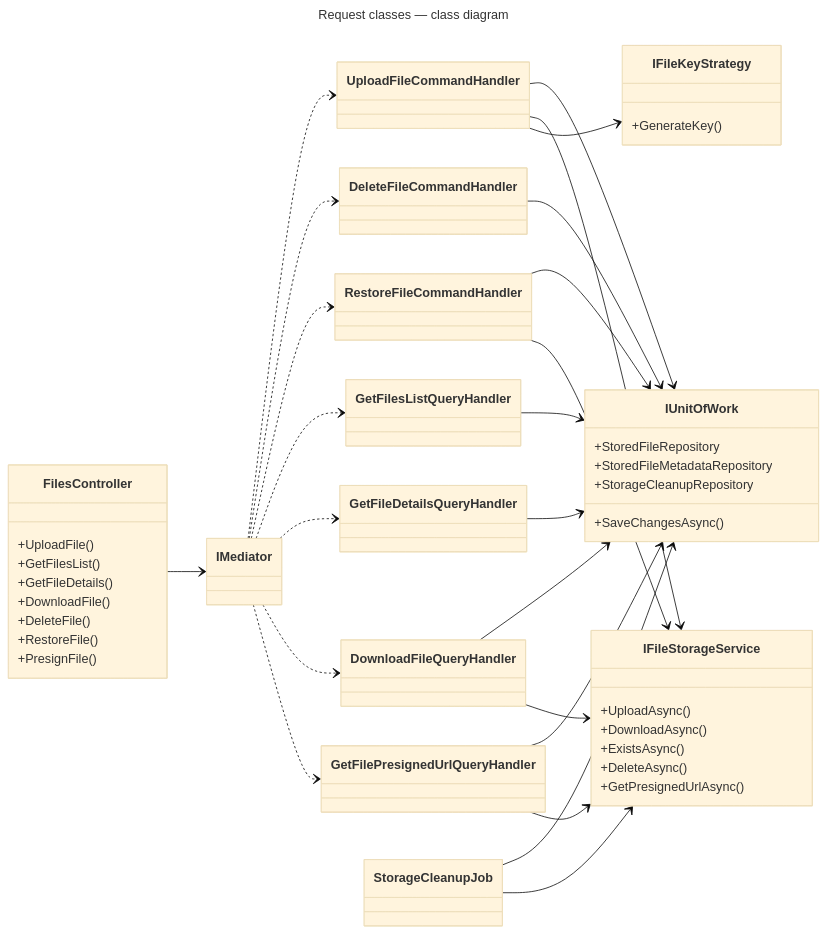
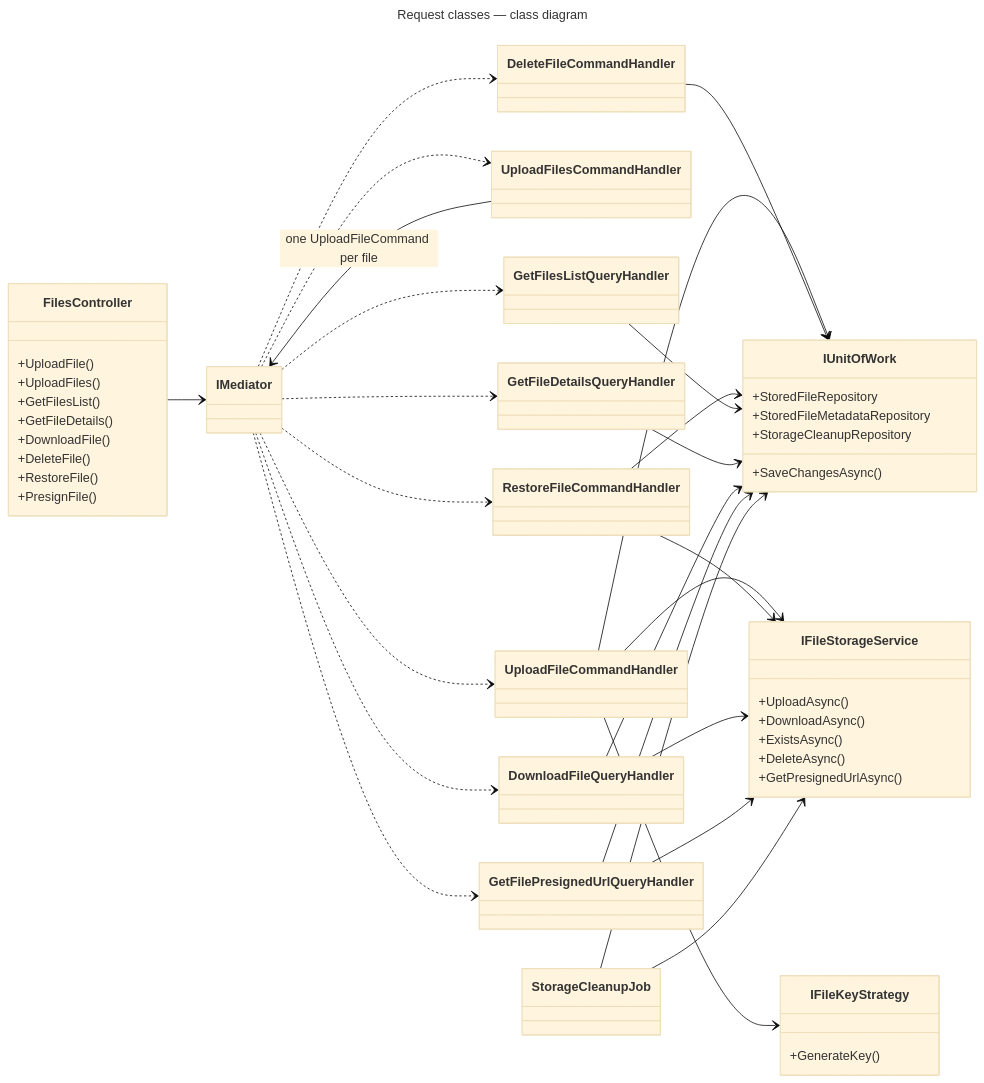
One commit to gmetskhvarishvili/GM.FileStorage.Samples changed the fifth of 6 diagrams in docs/dependencies.md. Above: the diagram before and after it, drawn with Mermaid (base theme). The commit also changed other lines of this file and 12 other files, not shown here.

````diff
--- a/docs/dependencies.md
+++ b/docs/dependencies.md
@@ -174,67 +174,71 @@
 ```mermaid
 ---
 title: Request classes — class diagram
 ---
 classDiagram
     direction LR
 
     class FilesController {
         +UploadFile()
+        +UploadFiles()
         +GetFilesList()
         +GetFileDetails()
         +DownloadFile()
         +DeleteFile()
         +RestoreFile()
         +PresignFile()
     }
     class IMediator
     class UploadFileCommandHandler
+    class UploadFilesCommandHandler
     class DeleteFileCommandHandler
     class RestoreFileCommandHandler
     class GetFilesListQueryHandler
     class GetFileDetailsQueryHandler
     class DownloadFileQueryHandler
     class GetFilePresignedUrlQueryHandler
 
     class IUnitOfWork {
         +StoredFileRepository
         +StoredFileMetadataRepository
         +StorageCleanupRepository
         +SaveChangesAsync()
     }
     class IFileStorageService {
         +UploadAsync()
         +DownloadAsync()
         +ExistsAsync()
         +DeleteAsync()
         +GetPresignedUrlAsync()
     }
     class IFileKeyStrategy {
         +GenerateKey()
     }
     class StorageCleanupJob
 
     FilesController --> IMediator
     IMediator ..> UploadFileCommandHandler
+    IMediator ..> UploadFilesCommandHandler
+    UploadFilesCommandHandler --> IMediator : one UploadFileCommand per file
     IMediator ..> DeleteFileCommandHandler
     IMediator ..> RestoreFileCommandHandler
     IMediator ..> GetFilesListQueryHandler
     IMediator ..> GetFileDetailsQueryHandler
     IMediator ..> DownloadFileQueryHandler
     IMediator ..> GetFilePresignedUrlQueryHandler
 
     UploadFileCommandHandler --> IUnitOfWork
     UploadFileCommandHandler --> IFileStorageService
     UploadFileCommandHandler --> IFileKeyStrategy
     DeleteFileCommandHandler --> IUnitOfWork
     RestoreFileCommandHandler --> IUnitOfWork
     RestoreFileCommandHandler --> IFileStorageService
     GetFilesListQueryHandler --> IUnitOfWork
     GetFileDetailsQueryHandler --> IUnitOfWork
     DownloadFileQueryHandler --> IUnitOfWork
     DownloadFileQueryHandler --> IFileStorageService
     GetFilePresignedUrlQueryHandler --> IUnitOfWork
     GetFilePresignedUrlQueryHandler --> IFileStorageService
     StorageCleanupJob --> IUnitOfWork
     StorageCleanupJob --> IFileStorageService
 ```
````
